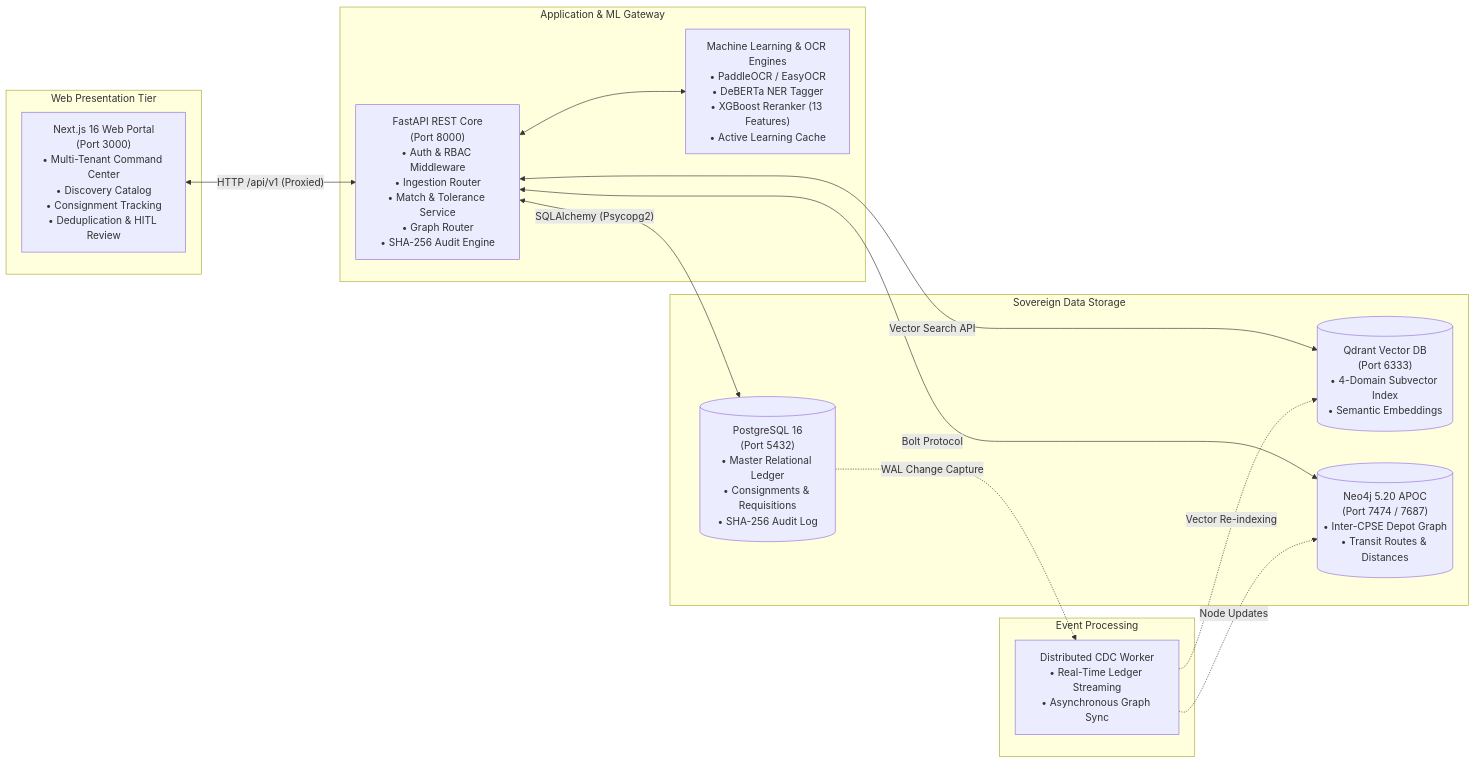
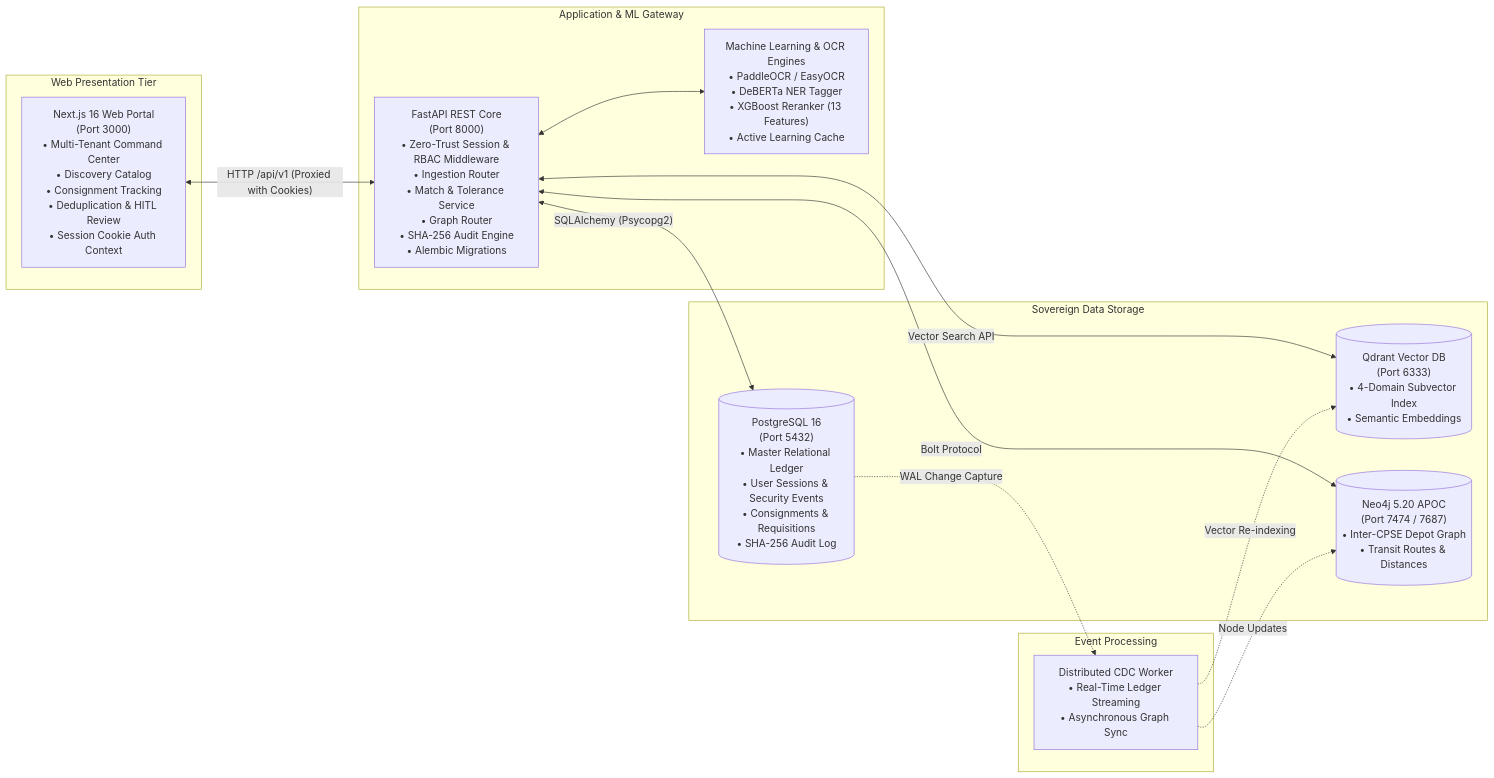
Before and after one commit to Gesicht436/Samanvay-AI: the second of 2 diagrams in README.md, drawn with Mermaid. The commit also changed other lines of this file and 20 other files, not shown here.

First line of the commit message:
docs: update architectural documentation, security specs, and dev runbooks for enterprise auth

````diff
--- a/README.md
+++ b/README.md
@@ -66,30 +68,30 @@
 ```mermaid
 flowchart LR
     subgraph ClientTier ["Web Presentation Tier"]
-        UI["Next.js 16 Web Portal<br>(Port 3000)<br>• Multi-Tenant Command Center<br>• Discovery Catalog<br>• Consignment Tracking<br>• Deduplication & HITL Review"]
+        UI["Next.js 16 Web Portal<br>(Port 3000)<br>• Multi-Tenant Command Center<br>• Discovery Catalog<br>• Consignment Tracking<br>• Deduplication & HITL Review<br>• Session Cookie Auth Context"]
     end
 
     subgraph GatewayTier ["Application & ML Gateway"]
-        API["FastAPI REST Core<br>(Port 8000)<br>• Auth & RBAC Middleware<br>• Ingestion Router<br>• Match & Tolerance Service<br>• Graph Router<br>• SHA-256 Audit Engine"]
+        API["FastAPI REST Core<br>(Port 8000)<br>• Zero-Trust Session & RBAC Middleware<br>• Ingestion Router<br>• Match & Tolerance Service<br>• Graph Router<br>• SHA-256 Audit Engine<br>• Alembic Migrations"]
         ML["Machine Learning & OCR Engines<br>• PaddleOCR / EasyOCR<br>• DeBERTa NER Tagger<br>• XGBoost Reranker (13 Features)<br>• Active Learning Cache"]
     end
 
     subgraph DataTier ["Sovereign Data Storage"]
-        PG[("PostgreSQL 16<br>(Port 5432)<br>• Master Relational Ledger<br>• Consignments & Requisitions<br>• SHA-256 Audit Log")]
+        PG[("PostgreSQL 16<br>(Port 5432)<br>• Master Relational Ledger<br>• User Sessions & Security Events<br>• Consignments & Requisitions<br>• SHA-256 Audit Log")]
         QD[("Qdrant Vector DB<br>(Port 6333)<br>• 4-Domain Subvector Index<br>• Semantic Embeddings")]
         NEO[("Neo4j 5.20 APOC<br>(Port 7474 / 7687)<br>• Inter-CPSE Depot Graph<br>• Transit Routes & Distances")]
     end
 
     subgraph BackgroundTier ["Event Processing"]
         CDC["Distributed CDC Worker<br>• Real-Time Ledger Streaming<br>• Asynchronous Graph Sync"]
     end
 
-    UI <-->|"HTTP /api/v1 (Proxied)"| API
+    UI <-->|"HTTP /api/v1 (Proxied with Cookies)"| API
     API <--> ML
     API <-->|"SQLAlchemy (Psycopg2)"| PG
     API <-->|"Vector Search API"| QD
     API <-->|"Bolt Protocol"| NEO
     PG -.->|"WAL Change Capture"| CDC
     CDC -.->|"Node Updates"| NEO
     CDC -.->|"Vector Re-indexing"| QD
 ```
````
